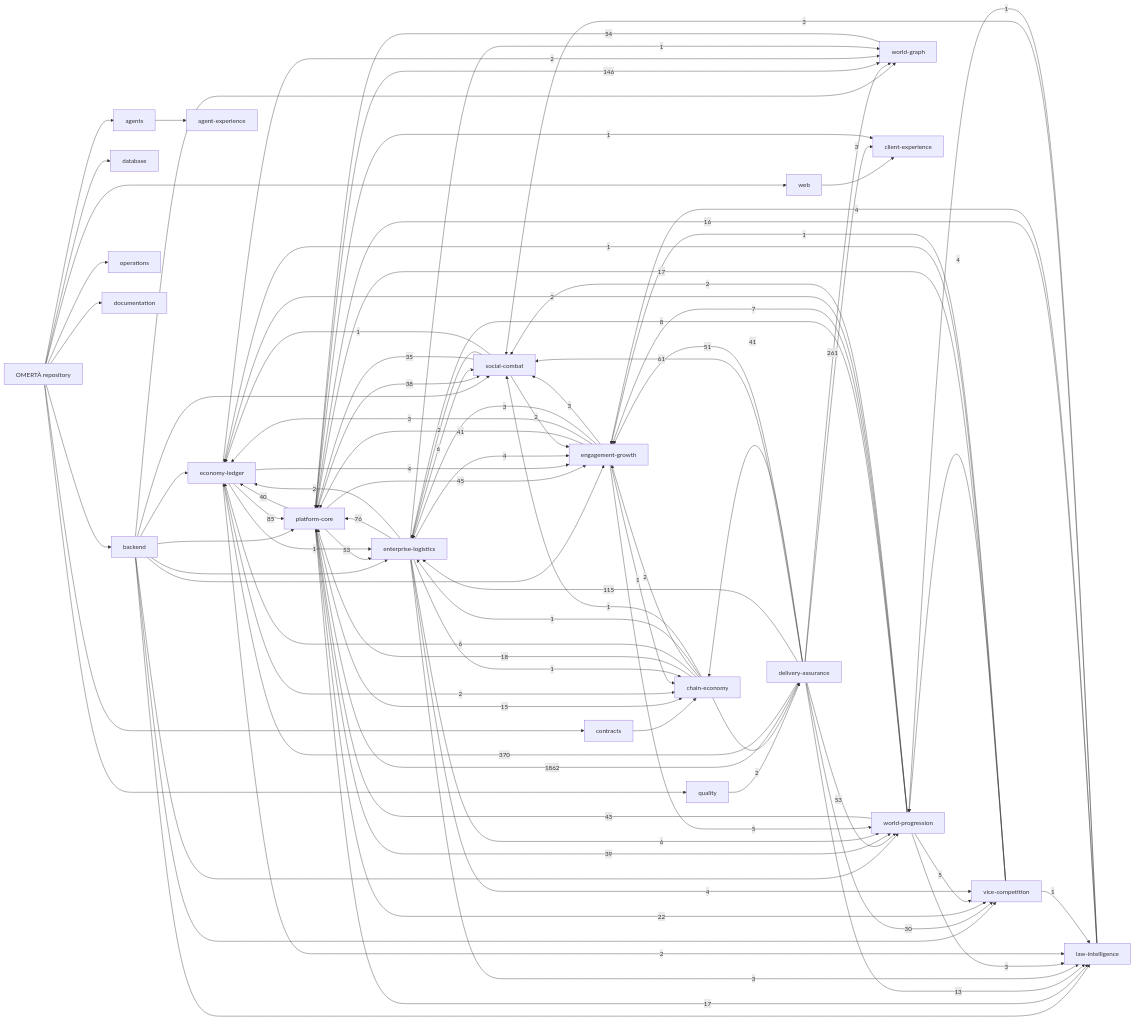
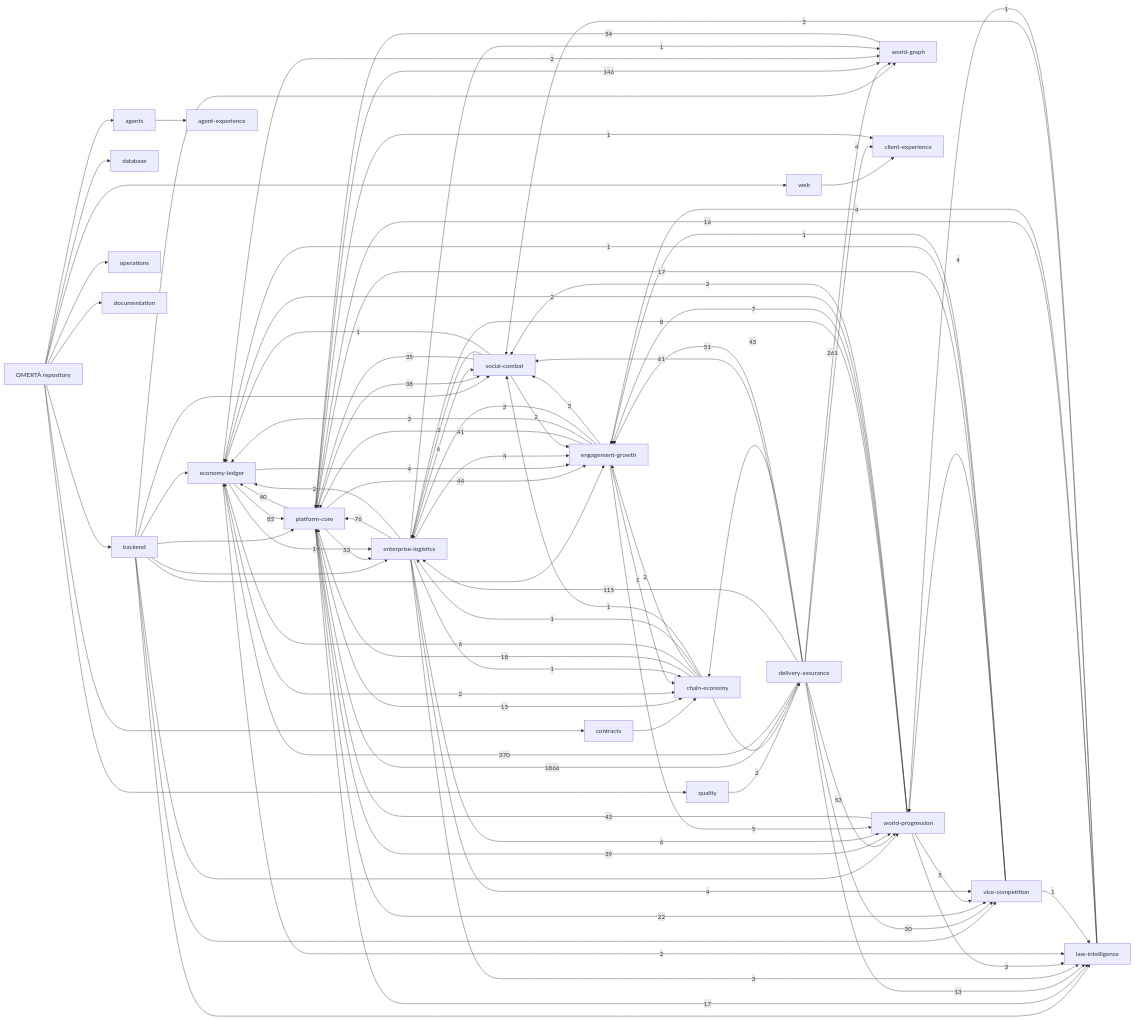
Before and after one commit to OmertaDev/Omerta: the diagram in knowledge/generated/graph.mmd, drawn with Mermaid. The commit also changed 8 other files, not shown here.

```diff
--- a/knowledge/generated/graph.mmd
+++ b/knowledge/generated/graph.mmd
@@ -1,113 +1,113 @@
 flowchart LR
   repo["OMERTÀ repository"]
   sub_backend["backend"]
   repo --> sub_backend
   sub_database["database"]
   repo --> sub_database
   sub_web["web"]
   repo --> sub_web
   sub_contracts["contracts"]
   repo --> sub_contracts
   sub_agents["agents"]
   repo --> sub_agents
   sub_quality["quality"]
   repo --> sub_quality
   sub_operations["operations"]
   repo --> sub_operations
   sub_documentation["documentation"]
   repo --> sub_documentation
   dom_platform-core["platform-core"]
   dom_economy-ledger["economy-ledger"]
   dom_social-combat["social-combat"]
   dom_world-progression["world-progression"]
   dom_world-graph["world-graph"]
   dom_enterprise-logistics["enterprise-logistics"]
   dom_vice-competition["vice-competition"]
   dom_law-intelligence["law-intelligence"]
   dom_chain-economy["chain-economy"]
   dom_engagement-growth["engagement-growth"]
   dom_client-experience["client-experience"]
   dom_agent-experience["agent-experience"]
   dom_delivery-assurance["delivery-assurance"]
   sub_agents --> dom_agent-experience
   sub_backend --> dom_economy-ledger
   sub_backend --> dom_engagement-growth
   sub_backend --> dom_enterprise-logistics
   sub_backend --> dom_law-intelligence
   sub_backend --> dom_platform-core
   sub_backend --> dom_social-combat
   sub_backend --> dom_vice-competition
   sub_backend --> dom_world-graph
   sub_backend --> dom_world-progression
   sub_contracts --> dom_chain-economy
   sub_quality --> dom_delivery-assurance
   sub_web --> dom_client-experience
-  dom_delivery-assurance -->|1862| dom_platform-core
+  dom_delivery-assurance -->|1866| dom_platform-core
   dom_delivery-assurance -->|370| dom_economy-ledger
   dom_delivery-assurance -->|261| dom_world-graph
   dom_platform-core -->|146| dom_world-graph
   dom_delivery-assurance -->|115| dom_enterprise-logistics
   dom_economy-ledger -->|85| dom_platform-core
   dom_enterprise-logistics -->|76| dom_platform-core
   dom_delivery-assurance -->|61| dom_social-combat
   dom_world-graph -->|54| dom_platform-core
   dom_delivery-assurance -->|53| dom_world-progression
   dom_platform-core -->|53| dom_enterprise-logistics
   dom_delivery-assurance -->|51| dom_engagement-growth
-  dom_platform-core -->|45| dom_engagement-growth
+  dom_platform-core -->|44| dom_engagement-growth
+  dom_delivery-assurance -->|43| dom_chain-economy
   dom_world-progression -->|43| dom_platform-core
-  dom_delivery-assurance -->|41| dom_chain-economy
   dom_engagement-growth -->|41| dom_platform-core
   dom_platform-core -->|40| dom_economy-ledger
   dom_platform-core -->|39| dom_world-progression
   dom_platform-core -->|38| dom_social-combat
   dom_social-combat -->|35| dom_platform-core
   dom_delivery-assurance -->|30| dom_vice-competition
   dom_platform-core -->|22| dom_vice-competition
   dom_chain-economy -->|18| dom_platform-core
   dom_platform-core -->|17| dom_law-intelligence
   dom_vice-competition -->|17| dom_platform-core
   dom_law-intelligence -->|16| dom_platform-core
   dom_platform-core -->|15| dom_chain-economy
   dom_delivery-assurance -->|13| dom_law-intelligence
   dom_world-progression -->|8| dom_enterprise-logistics
   dom_world-progression -->|7| dom_engagement-growth
   dom_chain-economy -->|6| dom_economy-ledger
   dom_enterprise-logistics -->|6| dom_social-combat
   dom_enterprise-logistics -->|6| dom_world-progression
   dom_engagement-growth -->|5| dom_world-progression
   dom_world-progression -->|5| dom_vice-competition
+  dom_delivery-assurance -->|4| dom_client-experience
   dom_economy-ledger -->|4| dom_engagement-growth
   dom_enterprise-logistics -->|4| dom_engagement-growth
   dom_enterprise-logistics -->|4| dom_vice-competition
   dom_law-intelligence -->|4| dom_engagement-growth
   dom_vice-competition -->|4| dom_world-progression
-  dom_delivery-assurance -->|3| dom_client-experience
   dom_engagement-growth -->|3| dom_economy-ledger
   dom_engagement-growth -->|3| dom_enterprise-logistics
   dom_engagement-growth -->|3| dom_social-combat
   dom_enterprise-logistics -->|3| dom_law-intelligence
   dom_law-intelligence -->|3| dom_social-combat
   dom_world-progression -->|3| dom_law-intelligence
   dom_chain-economy -->|2| dom_delivery-assurance
   dom_chain-economy -->|2| dom_engagement-growth
   dom_economy-ledger -->|2| dom_chain-economy
   dom_economy-ledger -->|2| dom_law-intelligence
   dom_economy-ledger -->|2| dom_world-graph
   dom_enterprise-logistics -->|2| dom_economy-ledger
   dom_social-combat -->|2| dom_engagement-growth
   dom_social-combat -->|2| dom_enterprise-logistics
   dom_world-progression -->|2| dom_economy-ledger
   dom_world-progression -->|2| dom_social-combat
   dom_chain-economy -->|1| dom_enterprise-logistics
   dom_chain-economy -->|1| dom_social-combat
   dom_economy-ledger -->|1| dom_enterprise-logistics
   dom_engagement-growth -->|1| dom_chain-economy
   dom_enterprise-logistics -->|1| dom_chain-economy
   dom_enterprise-logistics -->|1| dom_world-graph
   dom_law-intelligence -->|1| dom_world-progression
   dom_platform-core -->|1| dom_client-experience
   dom_social-combat -->|1| dom_economy-ledger
   dom_vice-competition -->|1| dom_economy-ledger
   dom_vice-competition -->|1| dom_engagement-growth
   dom_vice-competition -->|1| dom_law-intelligence
```
